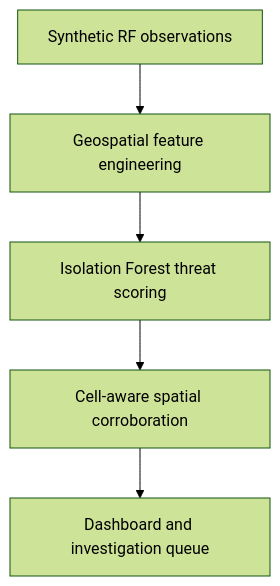
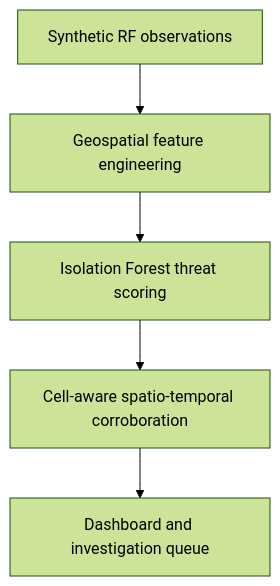
Before and after one commit to syedmuhdhafidz/celldefense-geoai: the diagram in README.md, drawn with Mermaid (forest theme). The commit also changed other lines of this file and 6 other files, not shown here.

Commit message:
docs: describe spatio-temporal corroboration

````diff
--- a/README.md
+++ b/README.md
@@ -60,7 +60,7 @@
 ```mermaid
 flowchart TD
     A["Synthetic RF observations"] --> B["Geospatial feature engineering"]
     B --> C["Isolation Forest threat scoring"]
-    C --> D["Cell-aware spatial corroboration"]
+    C --> D["Cell-aware spatio-temporal corroboration"]
     D --> E["Dashboard and investigation queue"]
 ```
````
